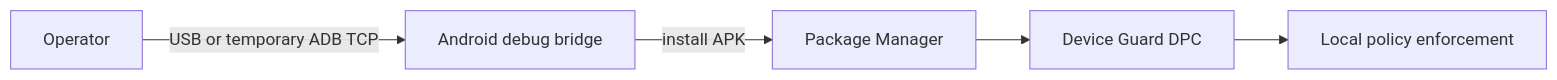
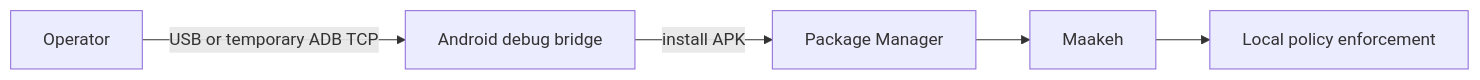
The first of 4 diagrams in docs/security-hardening/remote-updates/proposals/secure-update-boundary.md (ShalomMaman/android-lockdown-dpc), drawn with Mermaid before and after one commit. The commit also changed 82 other files, not shown here.

````diff
--- a/docs/security-hardening/remote-updates/proposals/secure-update-boundary.md
+++ b/docs/security-hardening/remote-updates/proposals/secure-update-boundary.md
@@ -41,7 +41,7 @@
 ```mermaid
 flowchart LR
   Operator -->|USB or temporary ADB TCP| ADB[Android debug bridge]
   ADB -->|install APK| PM[Package Manager]
-  PM --> DPC[Device Guard DPC]
+  PM --> DPC[Maakeh]
   DPC --> Policy[Local policy enforcement]
 ```
````
